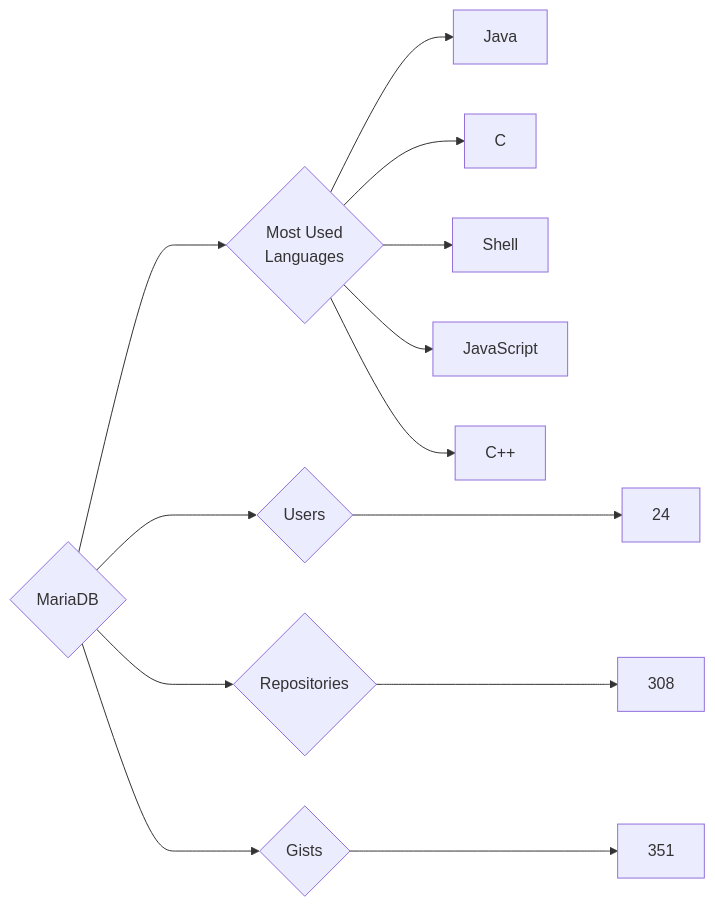
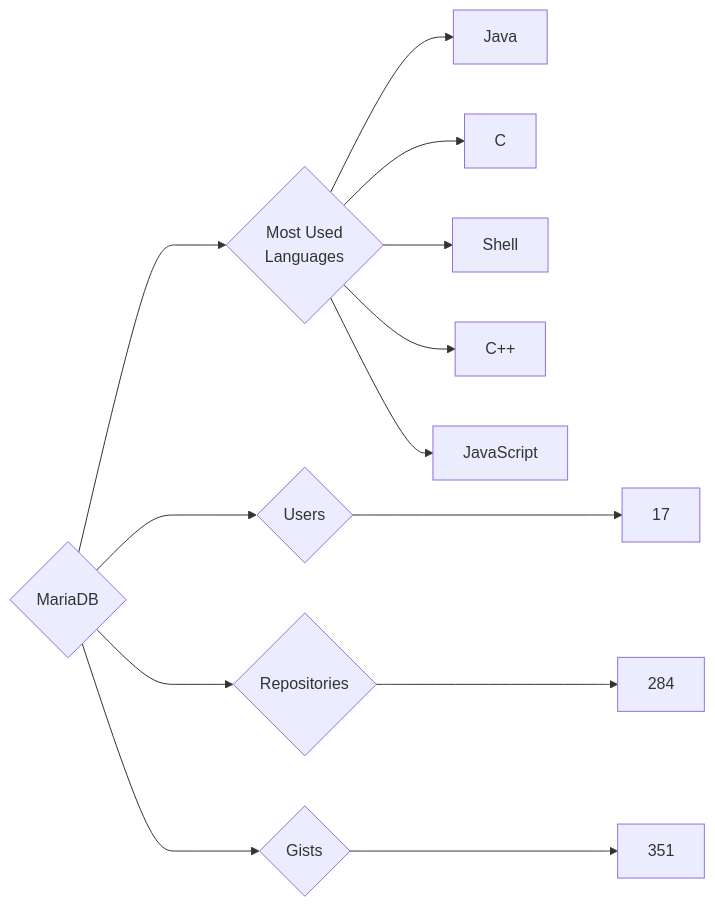
Before and after one commit to trickest/insiders: the diagram in targets/MariaDB/README.md, drawn with Mermaid. The commit also changed 757 other files, not shown here.

````diff
--- a/targets/MariaDB/README.md
+++ b/targets/MariaDB/README.md
@@ -3,13 +3,13 @@
 ```mermaid
 graph LR
 COMPANY_NAME{MariaDB}
-COMPANY_NAME ---> U{Users} ---> UN[24]
-COMPANY_NAME ---> R{Repositories} ---> RN[308]
+COMPANY_NAME ---> U{Users} ---> UN[17]
+COMPANY_NAME ---> R{Repositories} ---> RN[284]
 COMPANY_NAME ---> G{Gists} ---> GN[351]
 COMPANY_NAME ---> ML{Most Used<br>Languages}
 ML --> Java[Java]
 ML --> C[C]
 ML --> Shell[Shell]
+ML --> C++[C++]
 ML --> JavaScript[JavaScript]
-ML --> C++[C++]
 ```
````
